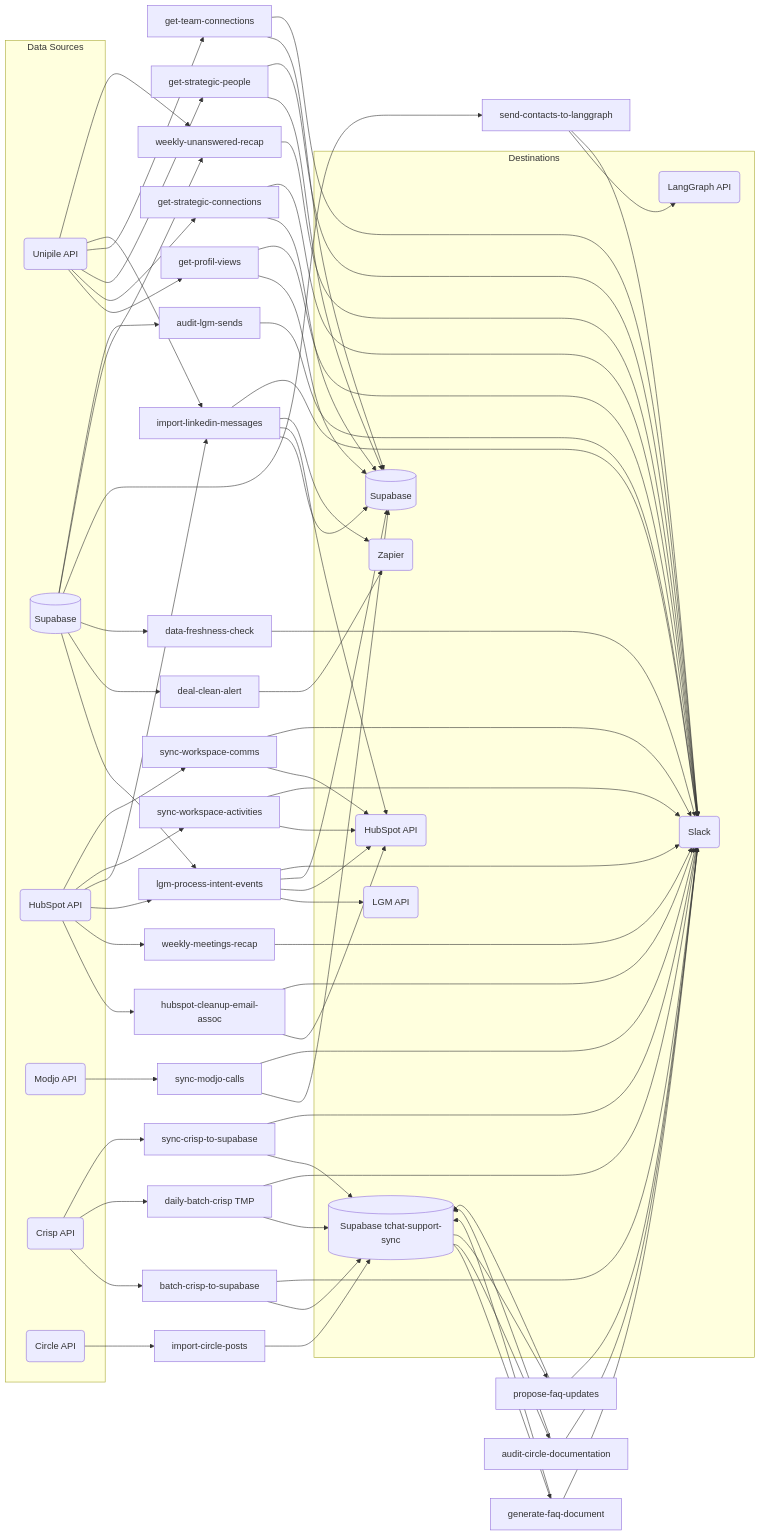
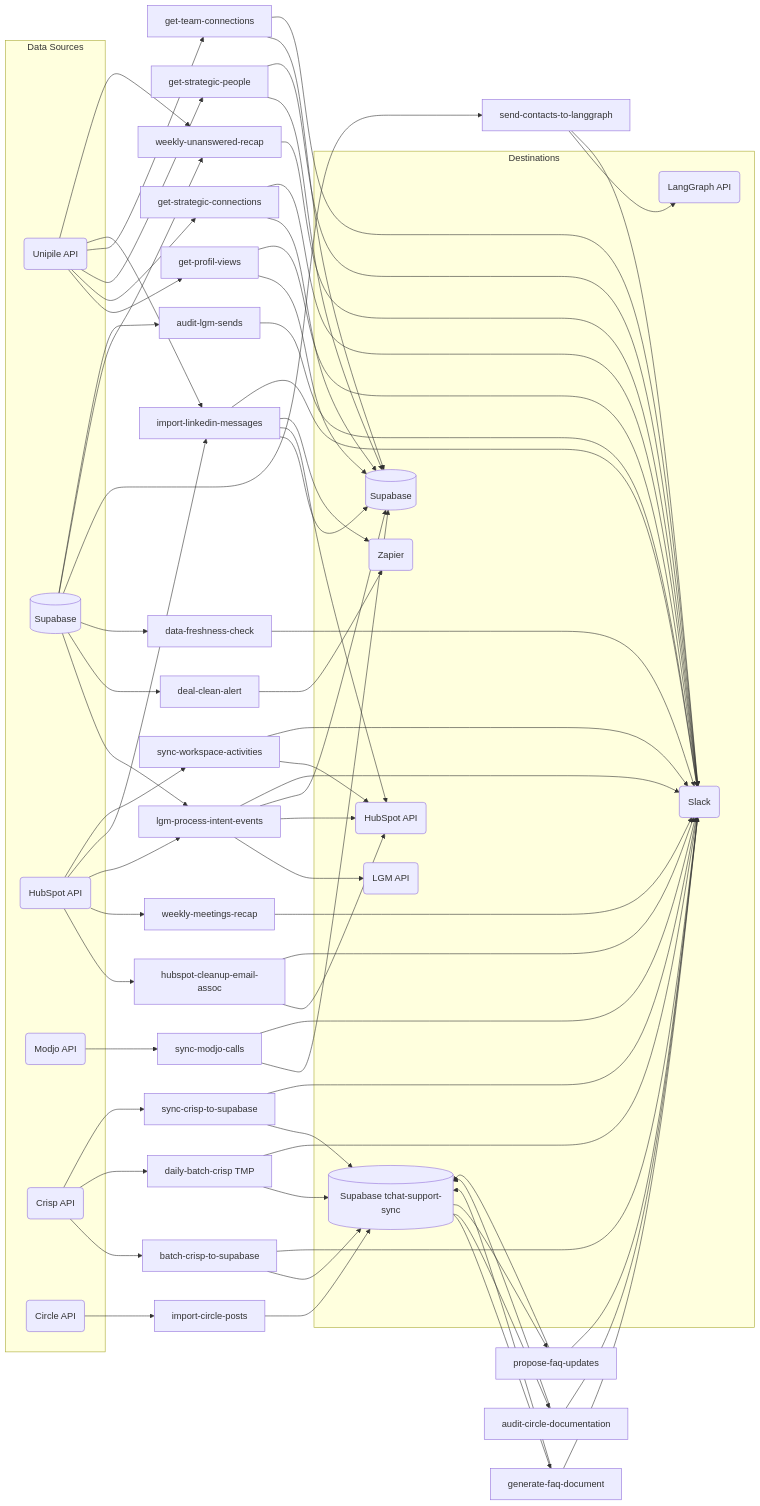
Before and after one commit to AirSaas/linkedin-scrapp: the first of 24 diagrams in CLAUDE.md, drawn with Mermaid. The commit also changed other lines of this file and 2 other files, not shown here.

First line of the commit message:
Merge sync-workspace-comms into sync-workspace-activities

````diff
--- a/CLAUDE.md
+++ b/CLAUDE.md
@@ -62,58 +61,57 @@
 ```mermaid
 flowchart LR
     subgraph src ["Data Sources"]
         UN(Unipile API)
         SB[(Supabase)]
         HS_I(HubSpot API)
         MJ(Modjo API)
         CR(Crisp API)
         CI(Circle API)
     end
 
     subgraph dst ["Destinations"]
         LGM_O(LGM API)
         HS_O(HubSpot API)
         SB_O[(Supabase)]
         SB_CR[(Supabase tchat-support-sync)]
         SL(Slack)
         ZP(Zapier)
         LG(LangGraph API)
     end
 
     UN --> GPV[get-profil-views] & GSC[get-strategic-connections] & GSP[get-strategic-people] & GTC[get-team-connections] & ILM[import-linkedin-messages]
     SB --> LPI[lgm-process-intent-events] & DCA[deal-clean-alert] & DFC[data-freshness-check] & SCL[send-contacts-to-langgraph]
-    HS_I --> HCE[hubspot-cleanup-email-assoc] & WMR[weekly-meetings-recap] & LPI & ILM & SWA[sync-workspace-activities] & SWC[sync-workspace-comms]
+    HS_I --> HCE[hubspot-cleanup-email-assoc] & WMR[weekly-meetings-recap] & LPI & ILM & SWA[sync-workspace-activities]
     MJ --> SMC[sync-modjo-calls]
     CR --> BCS[batch-crisp-to-supabase] & DBCS[daily-batch-crisp TMP] & SCS[sync-crisp-to-supabase]
     SB --> WUR[weekly-unanswered-recap]
     UN --> WUR
 
     GPV --> SB_O & SL
     GSC --> SB_O & SL
     GSP --> SB_O & SL
     GTC --> SB_O & SL
     LPI --> LGM_O & HS_O & SB_O & SL
     SB --> ALS[audit-lgm-sends]
     ALS --> SL
     HCE --> HS_O & SL
     SWA --> HS_O & SL
-    SWC --> HS_O & SL
     ILM --> SB_O & HS_O & ZP & SL
     WMR --> SL
     DCA --> ZP
     DFC --> SL
     SMC --> SB_O & SL
     SCL --> LG & SL
     BCS --> SB_CR & SL
     DBCS --> SB_CR & SL
     SCS --> SB_CR & SL
     CI --> ICP[import-circle-posts]
     ICP --> SB_CR
     SB_CR --> GFD[generate-faq-document]
     GFD --> SB_CR & SL
     SB_CR --> ACD[audit-circle-documentation]
     ACD --> SB_CR & SL
     SB_CR --> PFU[propose-faq-updates]
     PFU --> SB_CR & SL
     WUR --> SL
 ```
````
